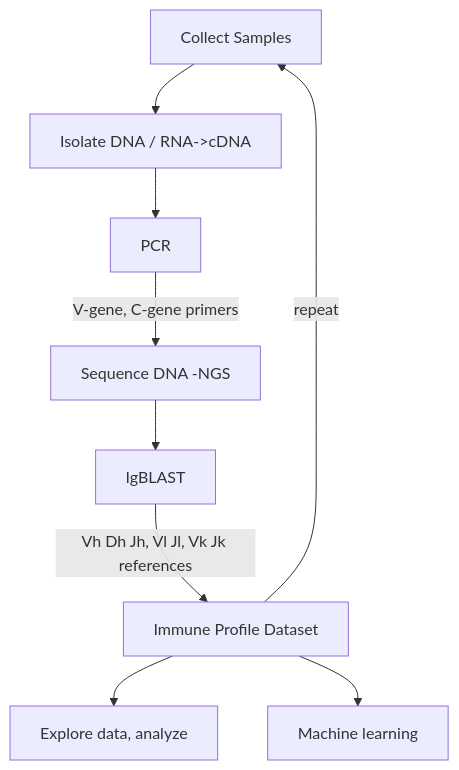
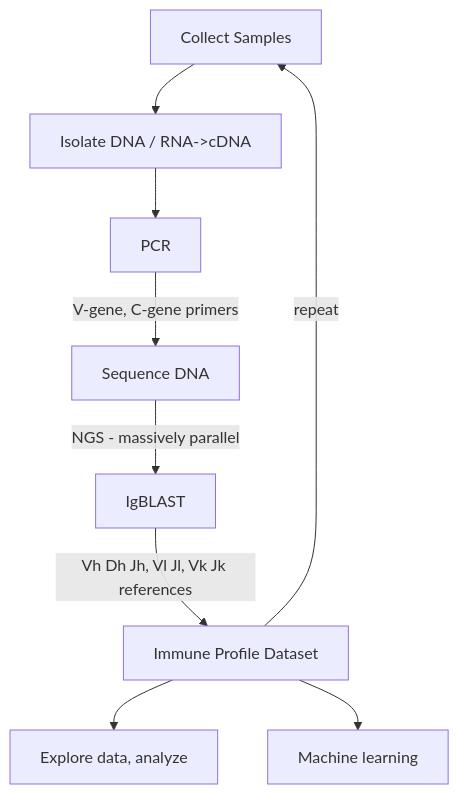
The second of 2 diagrams in README.md (NCBI-Codeathons/mlxai-2024-team-smith), drawn with Mermaid before and after one commit.

````diff
--- a/README.md
+++ b/README.md
@@ -56,7 +56,7 @@
 ```mermaid
     flowchart TD
-    A[Collect Samples] --> B[Isolate DNA / RNA->cDNA] --> C[PCR] -- V-gene, C-gene primers --> D[Sequence DNA -NGS] --> E[IgBLAST] -- Vh Dh Jh, Vl Jl, Vk Jk references --> F[Immune Profile Dataset];
+    A[Collect Samples] --> B[Isolate DNA / RNA->cDNA] --> C[PCR] -- V-gene, C-gene primers --> D[Sequence DNA] -- NGS - massively parallel --> E[IgBLAST] -- Vh Dh Jh, Vl Jl, Vk Jk references --> F[Immune Profile Dataset];
     F -- repeat --> A
     F --> G[Explore data, analyze];
     F --> H[Machine learning]; 
 ```
````
